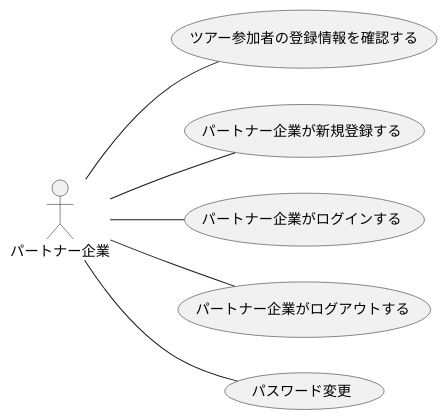
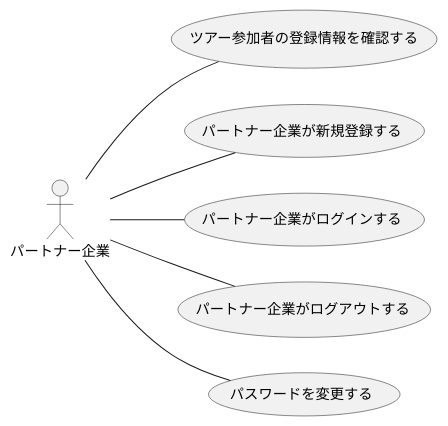
One commit to ksw2270227/GroupF changed the first of 2 diagrams in F_usecase_client.plantuml. Above: the diagram before and after it, drawn with PlantUML. The commit also changed other lines of this file and 2 other files, not shown here.

```diff
--- a/F_usecase_client.plantuml
+++ b/F_usecase_client.plantuml
@@ -1,10 +1,10 @@
 @startuml パートナー企業_usecase(1)
 left to right direction
 actor パートナー企業
 
 パートナー企業 -- (ツアー参加者の登録情報を確認する)
 パートナー企業 -- (パートナー企業が新規登録する)
 パートナー企業 -- (パートナー企業がログインする)
 パートナー企業 -- (パートナー企業がログアウトする)
-パートナー企業 -- (パスワード変更)
+パートナー企業 -- (パスワードを変更する)
 @enduml
```
